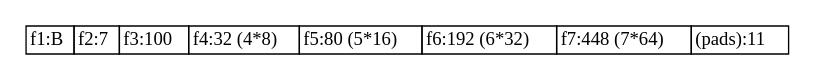
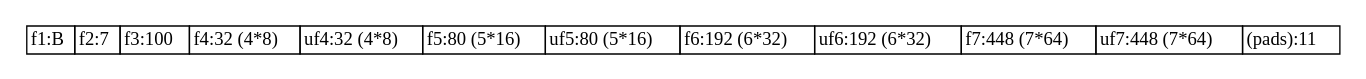
One commit to sireum/bitcodec-examples changed the diagram in src/basic/basic-spec.dot. Above: the diagram before and after it, drawn with Graphviz. The commit also changed 12 other files, not shown here.

```diff
--- a/src/basic/basic-spec.dot
+++ b/src/basic/basic-spec.dot
@@ -1,13 +1,13 @@
 digraph G {
   rankdir = LR;
   graph [splines=ortho];
   node [shape=plaintext];
   edge [arrowhead=vee];
 
   n0 [label=<
     <TABLE BORDER="0" CELLBORDER="1" CELLSPACING="0" TOOLTIP="Foo" HREF="#">
-      <TR><TD>f1:B</TD><TD>f2:7</TD><TD>f3:100</TD><TD>f4:32 (4*8)</TD><TD>f5:80 (5*16)</TD><TD>f6:192 (6*32)</TD><TD>f7:448 (7*64)</TD><TD>(pads):11</TD></TR>
+      <TR><TD>f1:B</TD><TD>f2:7</TD><TD>f3:100</TD><TD>f4:32 (4*8)</TD><TD>uf4:32 (4*8)</TD><TD>f5:80 (5*16)</TD><TD>uf5:80 (5*16)</TD><TD>f6:192 (6*32)</TD><TD>uf6:192 (6*32)</TD><TD>f7:448 (7*64)</TD><TD>uf7:448 (7*64)</TD><TD>(pads):11</TD></TR>
     </TABLE>
   >];
 
 }
```
